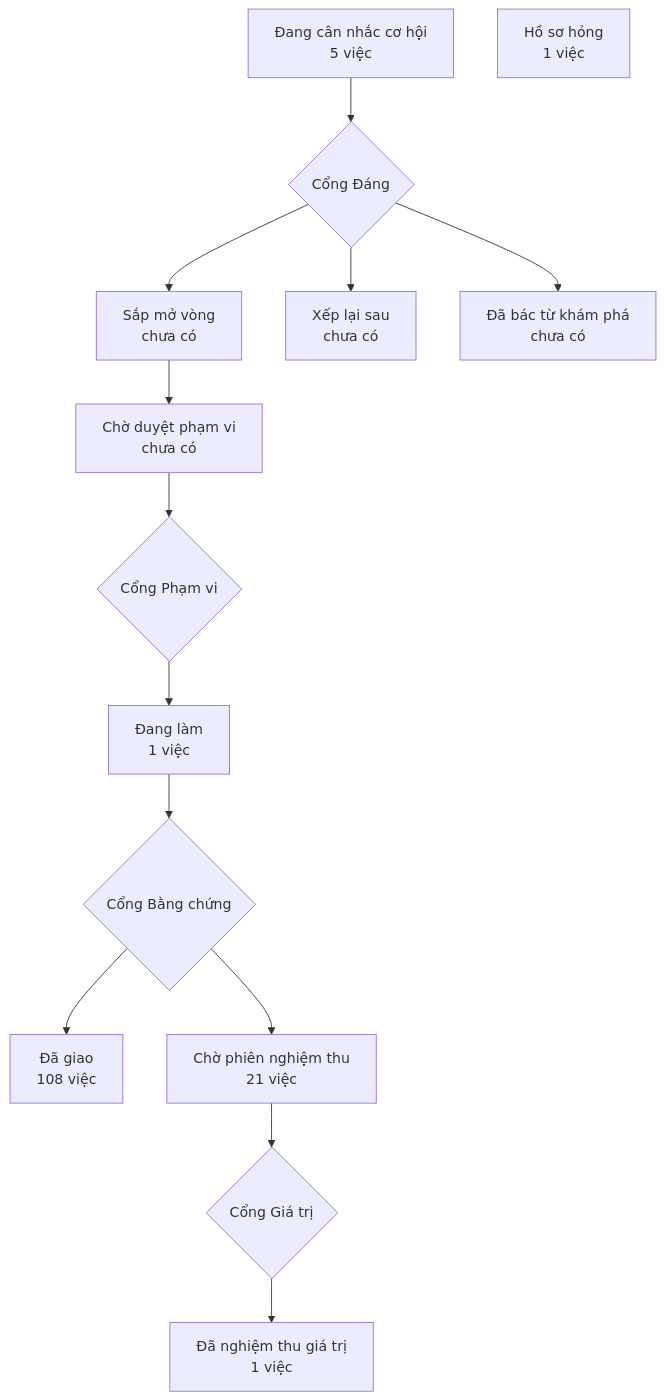
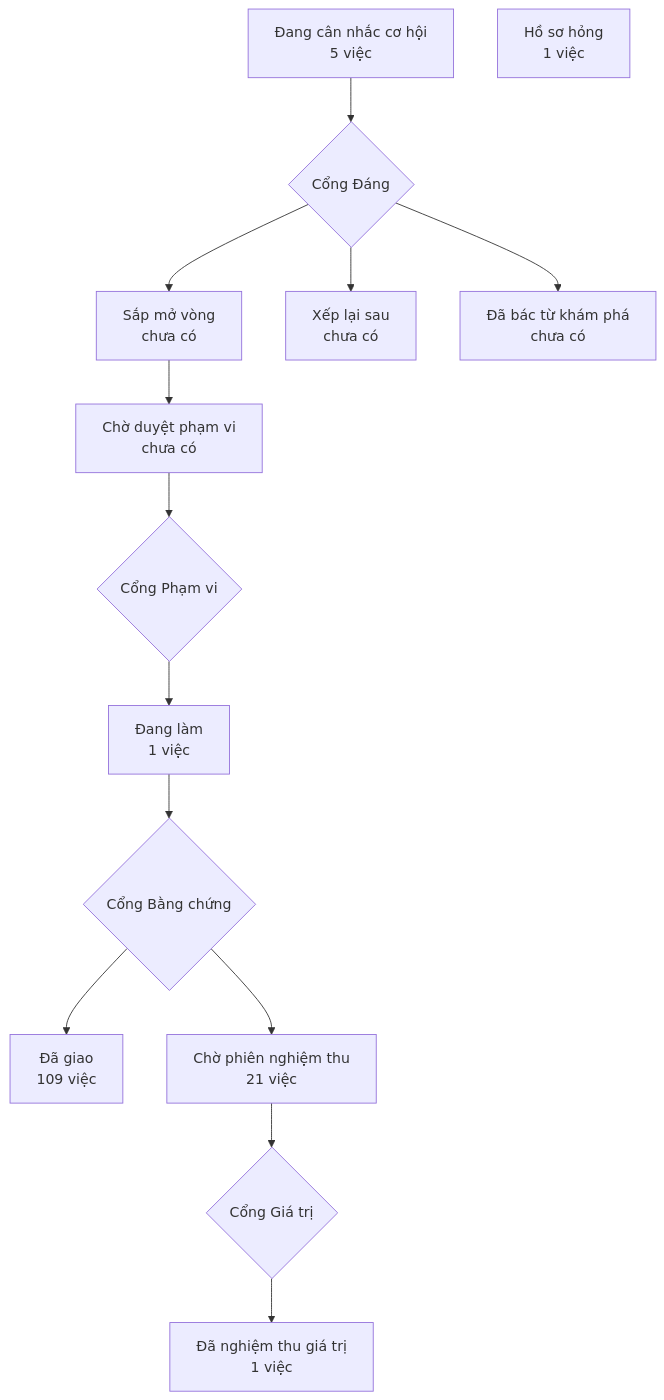
The diagram in PRODUCT-MAP.md (phanlemanh/crm-onehub), drawn with Mermaid before and after one commit. The commit also changed other lines of this file and 3 other files, not shown here.

````diff
--- a/PRODUCT-MAP.md
+++ b/PRODUCT-MAP.md
@@ -6,13 +6,13 @@
 ```mermaid
 flowchart TD
   A["Đang cân nhắc cơ hội<br/>5 việc"] --> GD{"Cổng Đáng"}
   GD --> B["Sắp mở vòng<br/>chưa có"]
   GD --> XL["Xếp lại sau<br/>chưa có"]
   GD --> DB["Đã bác từ khám phá<br/>chưa có"]
   B --> CD["Chờ duyệt phạm vi<br/>chưa có"] --> GP{"Cổng Phạm vi"}
   GP --> DL["Đang làm<br/>1 việc"] --> GB{"Cổng Bằng chứng"}
-  GB --> DG["Đã giao<br/>108 việc"]
+  GB --> DG["Đã giao<br/>109 việc"]
   GB --> CN["Chờ phiên nghiệm thu<br/>21 việc"] --> GG{"Cổng Giá trị"}
   GG --> NT["Đã nghiệm thu giá trị<br/>1 việc"]
   HS["Hồ sơ hỏng<br/>1 việc"]
 ```
````
